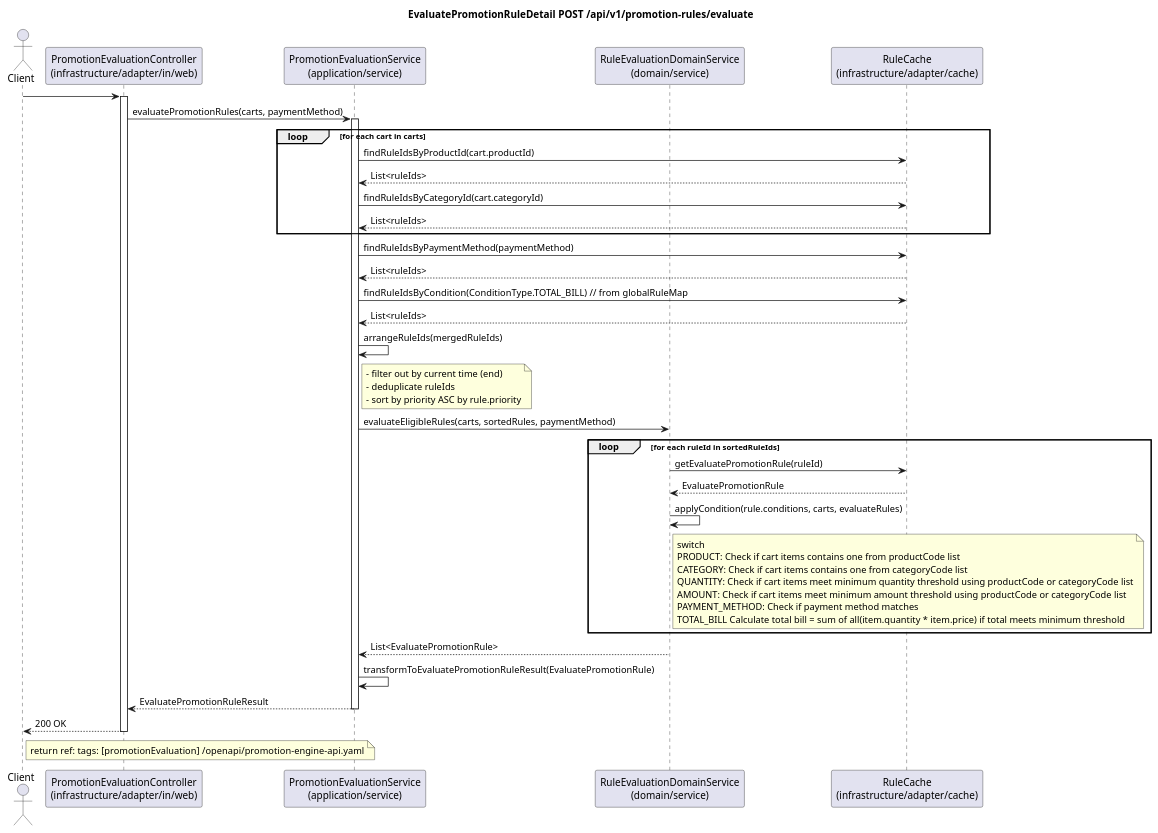
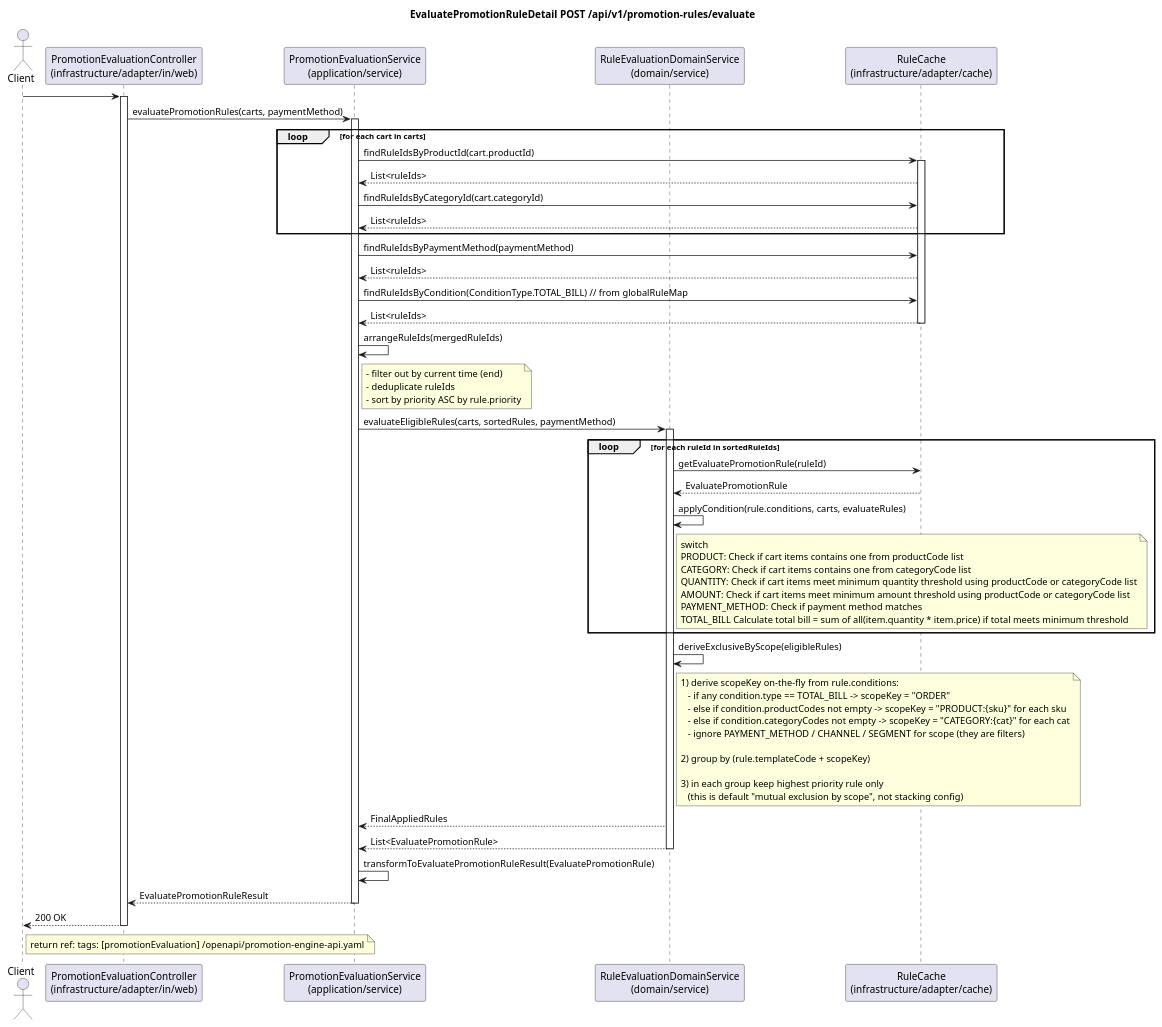
Before and after one commit to champ-sukra/clean-spring-boot: the diagram in src/main/resources/sequence-diagram/evaluate-promotion.puml, drawn with PlantUML. The commit also changed 11 other files, not shown here.

Commit message:
support exclusive by scope

```diff
--- a/src/main/resources/sequence-diagram/evaluate-promotion.puml
+++ b/src/main/resources/sequence-diagram/evaluate-promotion.puml
@@ -1,94 +1,92 @@
 @startuml
 'https://plantuml.com/sequence-diagram
 
 title EvaluatePromotionRuleDetail POST /api/v1/promotion-rules/evaluate
 
 actor Client
 participant "PromotionEvaluationController\n(infrastructure/adapter/in/web)" as Controller
 participant "PromotionEvaluationService\n(application/service)" as Service
 participant "RuleEvaluationDomainService\n(domain/service)" as DomainService
 participant "RuleCache\n(infrastructure/adapter/cache)" as Cache
 
 Client -> Controller
 activate Controller
-'Controller -> Controller: validateQueryParams
-'alt invalid parameters
-'    Client <-- Controller: 400
-'    note right of Client
-'    {
-'      "code": "invalid_request",
-'      "message": "Invalid status value"
-'    }
-'    end note
-'    deactivate Controller
-'end
-
-
-
-'RuleIndex -> RuleIndex: lookup SKU ruleIds\n( product_rule_map[sku] )
-'RuleIndex -> RuleIndex: lookup category ruleIds\n( category_rule_map[category] )
-'RuleIndex -> RuleIndex: lookup payment ruleIds\n( payment_rule_map[payment] )
-'RuleIndex -> RuleIndex: lookup segment ruleIds\n( segment_rule_map[segment] )
-
 
 Controller -> Service: evaluatePromotionRules(carts, paymentMethod)
 activate Service
 
 loop for each cart in carts
     Service -> Cache: findRuleIdsByProductId(cart.productId)
+    activate Cache
     Service <-- Cache: List<ruleIds>
 
     Service -> Cache: findRuleIdsByCategoryId(cart.categoryId)
-        Service <-- Cache: List<ruleIds>
+    Service <-- Cache: List<ruleIds>
 end
 Service -> Cache: findRuleIdsByPaymentMethod(paymentMethod)
 Service <-- Cache: List<ruleIds>
 
 Service -> Cache: findRuleIdsByCondition(ConditionType.TOTAL_BILL) // from globalRuleMap
 Service <-- Cache: List<ruleIds>
+deactivate Cache
 
 Service -> Service: arrangeRuleIds(mergedRuleIds)
 note right of Service
 - filter out by current time (end)
 - deduplicate ruleIds
 - sort by priority ASC by rule.priority
 end note
 
 Service -> DomainService: evaluateEligibleRules(carts, sortedRules, paymentMethod)
-
+activate DomainService
 loop for each ruleId in sortedRuleIds
     DomainService -> Cache: getEvaluatePromotionRule(ruleId)
     DomainService <-- Cache: EvaluatePromotionRule
 
     DomainService -> DomainService: applyCondition(rule.conditions, carts, evaluateRules)
     note right of DomainService
     switch
     PRODUCT: Check if cart items contains one from productCode list
     CATEGORY: Check if cart items contains one from categoryCode list
     QUANTITY: Check if cart items meet minimum quantity threshold using productCode or categoryCode list
     AMOUNT: Check if cart items meet minimum amount threshold using productCode or categoryCode list
     PAYMENT_METHOD: Check if payment method matches
     TOTAL_BILL Calculate total bill = sum of all(item.quantity * item.price) if total meets minimum threshold
     end note
+end
 
-end
+DomainService -> DomainService: deriveExclusiveByScope(eligibleRules)
+note right of DomainService
+1) derive scopeKey on-the-fly from rule.conditions:
+   - if any condition.type == TOTAL_BILL -> scopeKey = "ORDER"
+   - else if condition.productCodes not empty -> scopeKey = "PRODUCT:{sku}" for each sku
+   - else if condition.categoryCodes not empty -> scopeKey = "CATEGORY:{cat}" for each cat
+   - ignore PAYMENT_METHOD / CHANNEL / SEGMENT for scope (they are filters)
+
+2) group by (rule.templateCode + scopeKey)
+
+3) in each group keep highest priority rule only
+   (this is default "mutual exclusion by scope", not stacking config)
+end note
+
+Service <-- DomainService: FinalAppliedRules
 
 'DomainService -> DomainService: filterByStacking(eligibleRules)
 'note right of DomainService
 'Apply stacking rules from promotion_stacking table
 'Filter out non-stackable combinations
 'end note
 Service <-- DomainService: List<EvaluatePromotionRule>
-
+deactivate DomainService
 
 Service -> Service: transformToEvaluatePromotionRuleResult(EvaluatePromotionRule)
 Service --> Controller: EvaluatePromotionRuleResult
 deactivate Service
 
 Controller --> Client: 200 OK
 note right of Client
 return ref: tags: [promotionEvaluation]  ~/openapi/promotion-engine-api.yaml
 end note
 deactivate Controller
 
 @enduml
```
